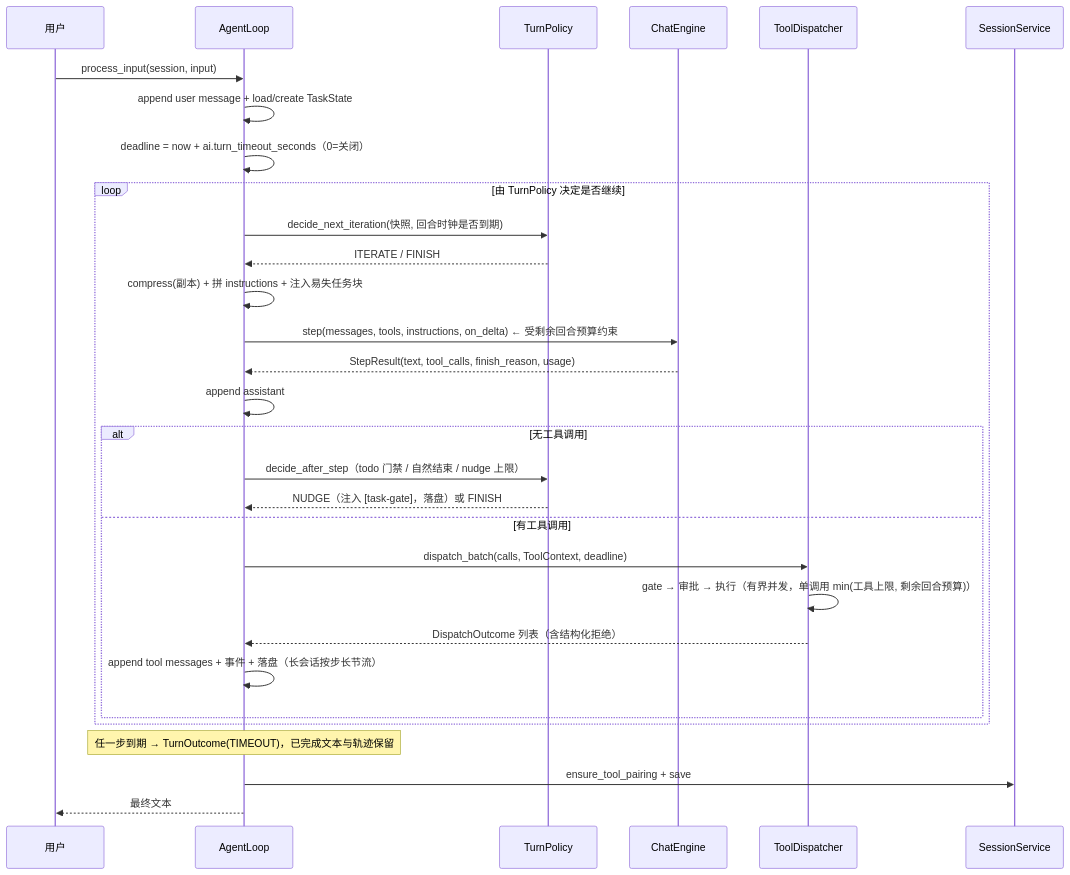
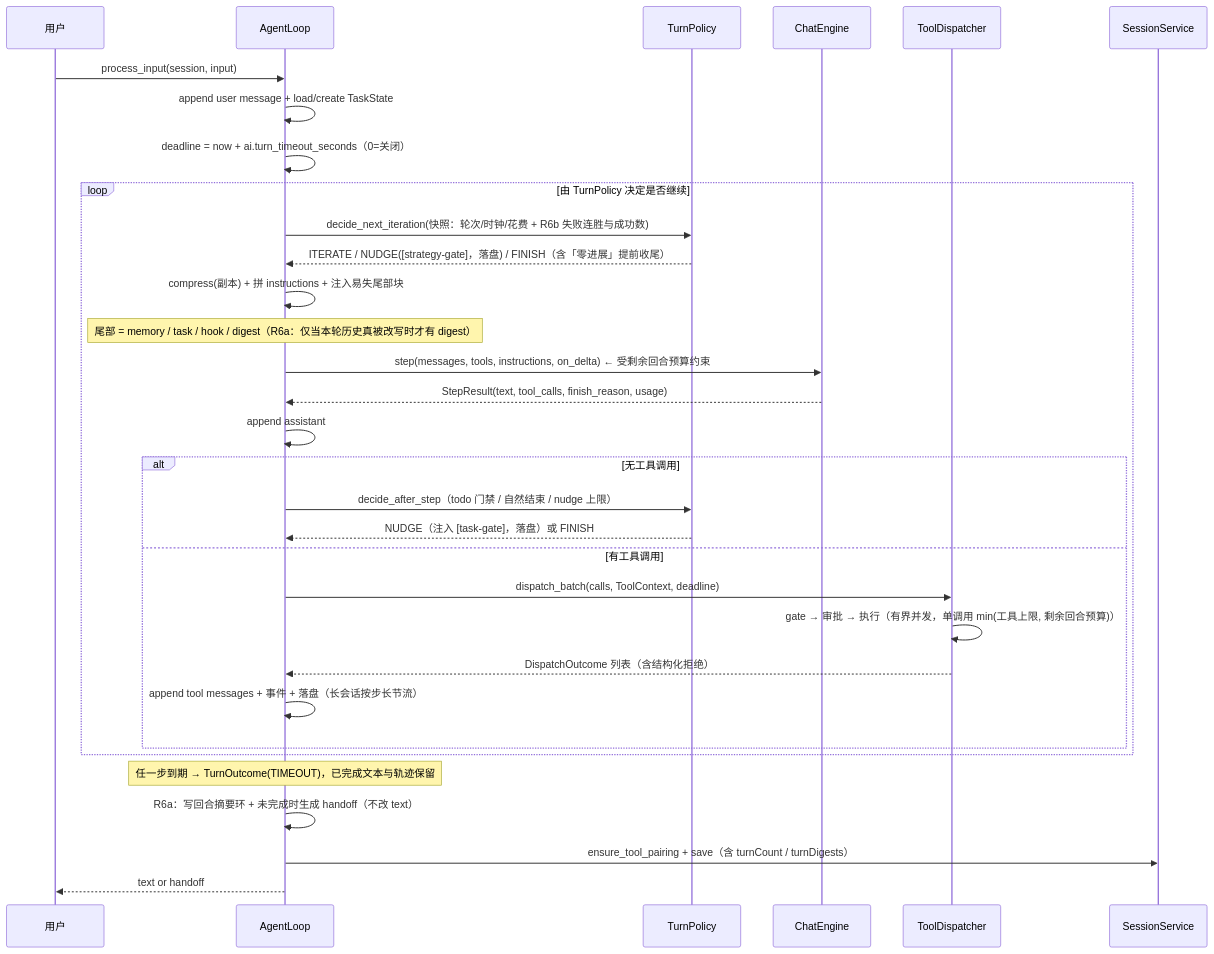
The diagram in docs/architecture.md (linsir2/ai-coding), drawn with Mermaid before and after one commit. The commit also changed other lines of this file and 8 other files, not shown here.

````diff
--- a/docs/architecture.md
+++ b/docs/architecture.md
@@ -89,33 +91,35 @@
 ```mermaid
 sequenceDiagram
     participant U as 用户
     participant L as AgentLoop
     participant P as TurnPolicy
     participant E as ChatEngine
     participant D as ToolDispatcher
     participant S as SessionService
 
     U->>L: process_input(session, input)
     L->>L: append user message + load/create TaskState
     L->>L: deadline = now + ai.turn_timeout_seconds（0=关闭）
     loop 由 TurnPolicy 决定是否继续
-        L->>P: decide_next_iteration(快照, 回合时钟是否到期)
-        P-->>L: ITERATE / FINISH
-        L->>L: compress(副本) + 拼 instructions + 注入易失任务块
+        L->>P: decide_next_iteration(快照：轮次/时钟/花费 + R6b 失败连胜与成功数)
+        P-->>L: ITERATE / NUDGE([strategy-gate]，落盘) / FINISH（含「零进展」提前收尾）
+        L->>L: compress(副本) + 拼 instructions + 注入易失尾部块
+        Note over L: 尾部 = memory / task / hook / digest（R6a：仅当本轮历史真被改写时才有 digest）
         L->>E: step(messages, tools, instructions, on_delta)  ← 受剩余回合预算约束
         E-->>L: StepResult(text, tool_calls, finish_reason, usage)
         L->>L: append assistant
         alt 无工具调用
             L->>P: decide_after_step（todo 门禁 / 自然结束 / nudge 上限）
             P-->>L: NUDGE（注入 [task-gate]，落盘）或 FINISH
         else 有工具调用
             L->>D: dispatch_batch(calls, ToolContext, deadline)
             D->>D: gate → 审批 → 执行（有界并发，单调用 min(工具上限, 剩余回合预算)）
             D-->>L: DispatchOutcome 列表（含结构化拒绝）
             L->>L: append tool messages + 事件 + 落盘（长会话按步长节流）
         end
     end
     Note over L: 任一步到期 → TurnOutcome(TIMEOUT)，已完成文本与轨迹保留
-    L->>S: ensure_tool_pairing + save
-    L-->>U: 最终文本
+    L->>L: R6a：写回合摘要环 + 未完成时生成 handoff（不改 text）
+    L->>S: ensure_tool_pairing + save（含 turnCount / turnDigests）
+    L-->>U: text or handoff
 ```
````
